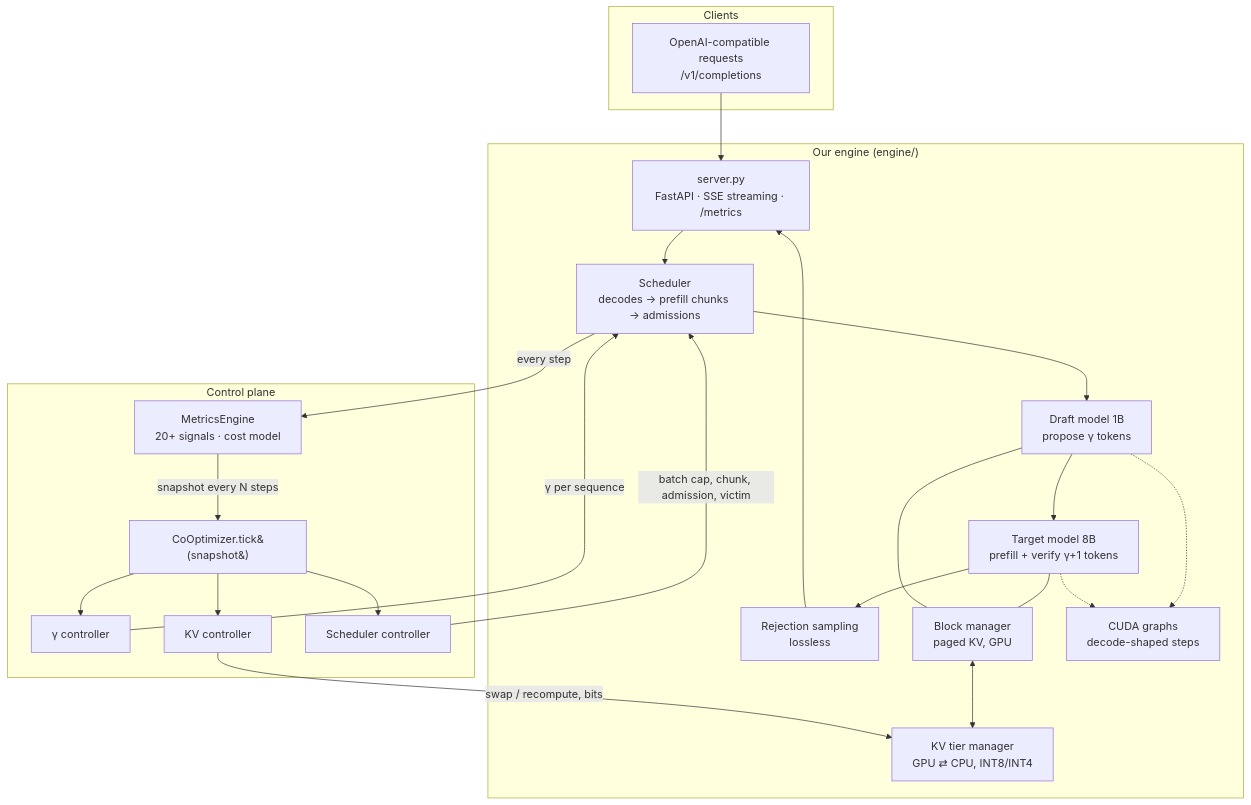
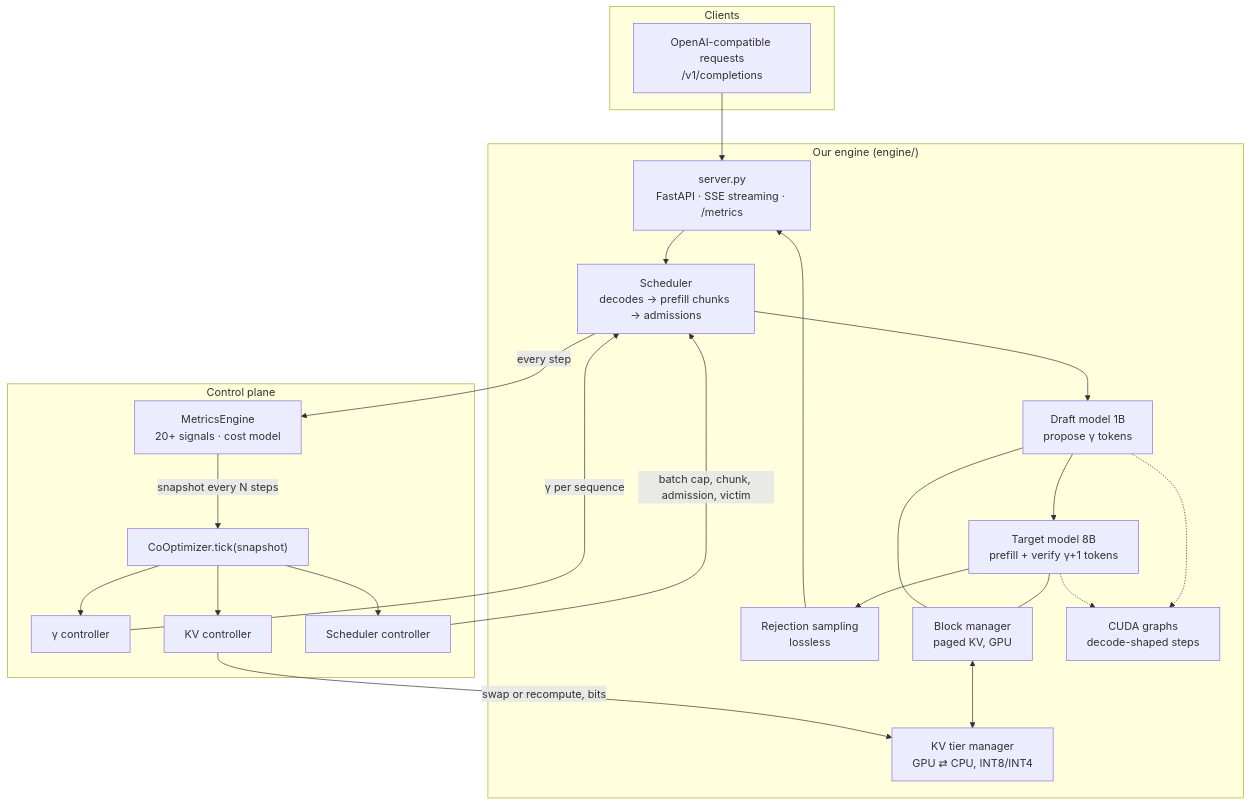
One commit to mohsinmubarak/iitj-llm-coopt changed the diagram in README.md. Above: the diagram before and after it, drawn with Mermaid.

Commit message:
README: quote mermaid labels so GitHub's parser accepts the architecture diagram

````diff
--- a/README.md
+++ b/README.md
@@ -126,36 +126,36 @@
 ```mermaid
 flowchart TB
-    subgraph Clients
-        R[OpenAI-compatible requests<br/>/v1/completions]
+    subgraph Clients["Clients"]
+        R["OpenAI-compatible requests<br/>/v1/completions"]
     end
     subgraph Engine["Our engine (engine/)"]
-        S[server.py<br/>FastAPI · SSE streaming · /metrics]
-        SCH[Scheduler<br/>decodes → prefill chunks → admissions]
-        DR[Draft model 1B<br/>propose γ tokens]
-        TG[Target model 8B<br/>prefill + verify γ+1 tokens]
-        RS[Rejection sampling<br/>lossless]
-        BM[Block manager<br/>paged KV, GPU]
-        KV[KV tier manager<br/>GPU ⇄ CPU, INT8/INT4]
-        CG[CUDA graphs<br/>decode-shaped steps]
+        S["server.py<br/>FastAPI · SSE streaming · /metrics"]
+        SCH["Scheduler<br/>decodes → prefill chunks → admissions"]
+        DR["Draft model 1B<br/>propose γ tokens"]
+        TG["Target model 8B<br/>prefill + verify γ+1 tokens"]
+        RS["Rejection sampling<br/>lossless"]
+        BM["Block manager<br/>paged KV, GPU"]
+        KV["KV tier manager<br/>GPU ⇄ CPU, INT8/INT4"]
+        CG["CUDA graphs<br/>decode-shaped steps"]
     end
     subgraph Control["Control plane"]
-        ME[MetricsEngine<br/>20+ signals · cost model]
-        CO[CoOptimizer.tick&#40;snapshot&#41;]
-        GC[γ controller]
-        KC[KV controller]
-        SC[Scheduler controller]
+        ME["MetricsEngine<br/>20+ signals · cost model"]
+        CO["CoOptimizer.tick(snapshot)"]
+        GC["γ controller"]
+        KC["KV controller"]
+        SC["Scheduler controller"]
     end
     R --> S --> SCH
     SCH --> DR --> TG --> RS --> S
     TG --- BM
     DR --- BM
     BM <--> KV
     DR -.-> CG
     TG -.-> CG
-    SCH -->|every step| ME
-    ME -->|snapshot every N steps| CO
+    SCH -->|"every step"| ME
+    ME -->|"snapshot every N steps"| CO
     CO --> GC & KC & SC
-    GC -->|γ per sequence| SCH
-    KC -->|swap / recompute, bits| KV
-    SC -->|batch cap, chunk, admission, victim| SCH
+    GC -->|"γ per sequence"| SCH
+    KC -->|"swap or recompute, bits"| KV
+    SC -->|"batch cap, chunk, admission, victim"| SCH
 ```
````
